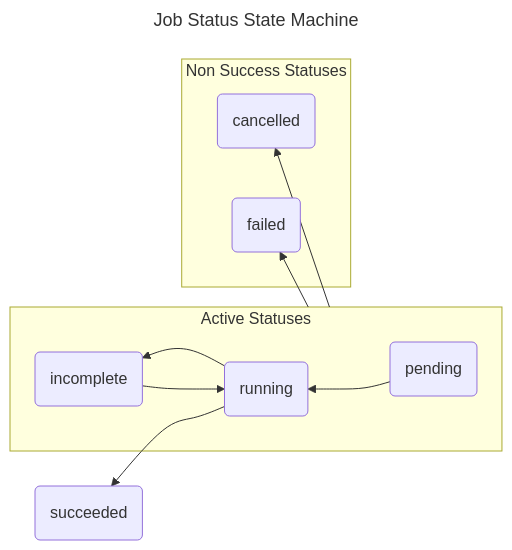
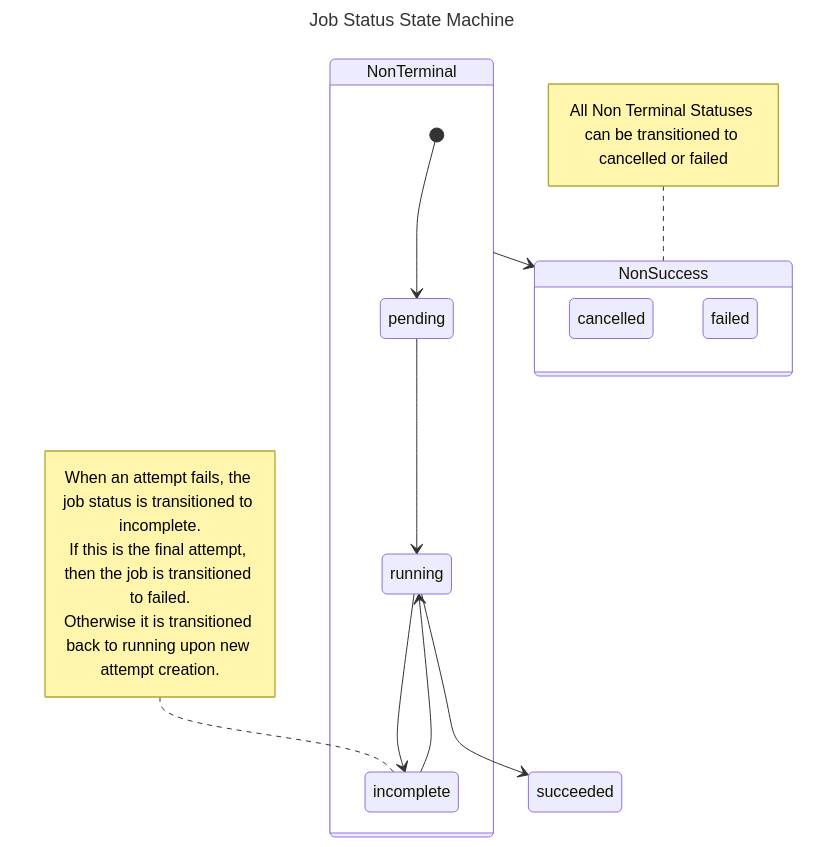
One commit to airbytehq/airbyte changed the first of 4 diagrams in docs/understanding-airbyte/jobs.md. Above: the diagram before and after it, drawn with Mermaid. The commit also changed other lines of this file, not shown here.

````diff
--- a/docs/understanding-airbyte/jobs.md
+++ b/docs/understanding-airbyte/jobs.md
@@ -20,29 +20,32 @@
 ```mermaid
 ---
 title: Job Status State Machine
 ---
-%%{ init: { 'flowchart': { 'curve': 'radial' } } }%%
-flowchart RL
-subgraph active [Active Statuses]
-%%direction TB
-    pending(pending)
-    running(running)
-    incomplete(incomplete)
-end
+stateDiagram-v2
+direction TB
+state NonTerminal {
+    [*] --> pending
+    pending
+    running
+    incomplete
+    note left of incomplete
+        When an attempt fails, the job status is transitioned to incomplete.
+        If this is the final attempt, then the job is transitioned to failed.
+        Otherwise it is transitioned back to running upon new attempt creation.
+            
+    end note
+}
+note left of NonSuccess 
+    All Non Terminal Statuses can be transitioned to cancelled or failed
+end note
 
-
-subgraph terminal [Non Success Statuses]
-%%direction LR
-  cancelled(cancelled)
-  failed(failed)
-end
-succeeded(succeeded)
 pending --> running
 running --> incomplete
 incomplete --> running
 running --> succeeded
-active --> cancelled
-active --> failed
-
-%%linkStyle 4,5 stroke:blue;
+state NonSuccess {
+    cancelled
+    failed
+}
+NonTerminal --> NonSuccess
 ```
````
